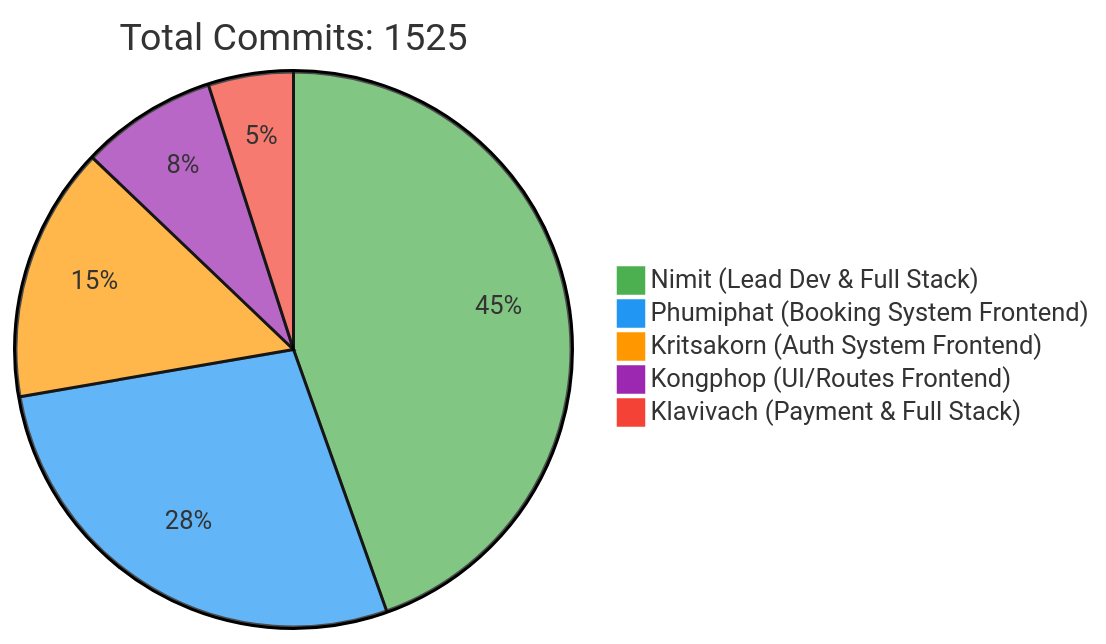
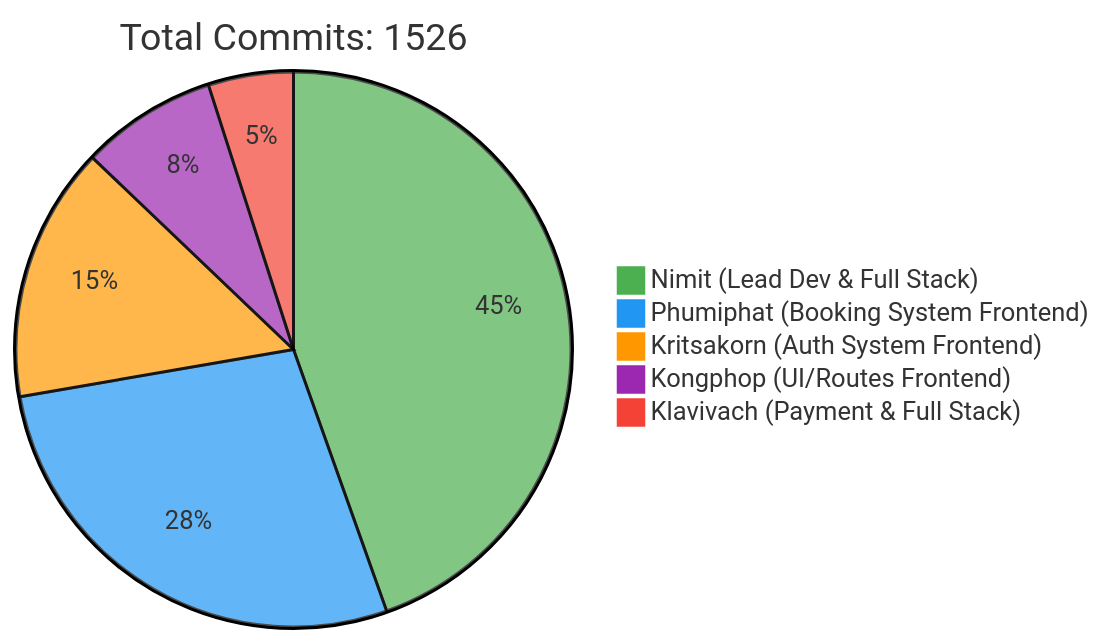
Before and after one commit to 6531503042/Sport-Complex: the first of 2 diagrams in README.md, drawn with Mermaid. The commit also changed other lines of this file, not shown here.

Commit message:
docs: Update contributor statistics [skip ci]

````diff
--- a/README.md
+++ b/README.md
@@ -257,10 +257,10 @@
 ```mermaid
 %%{init: {'theme': 'base', 'themeVariables': { 'pie1': '#4CAF50', 'pie2': '#2196F3', 'pie3': '#FF9800', 'pie4': '#9C27B0', 'pie5': '#F44336'}}}%%
 pie
-    title Total Commits: 1525
+    title Total Commits: 1526
     "Nimit (Lead Dev & Full Stack)" : 450
     "Phumiphat (Booking System Frontend)" : 280
     "Kritsakorn (Auth System Frontend)" : 150
     "Kongphop (UI/Routes Frontend)" : 80
     "Klavivach (Payment & Full Stack)" : 50
 ```
````
